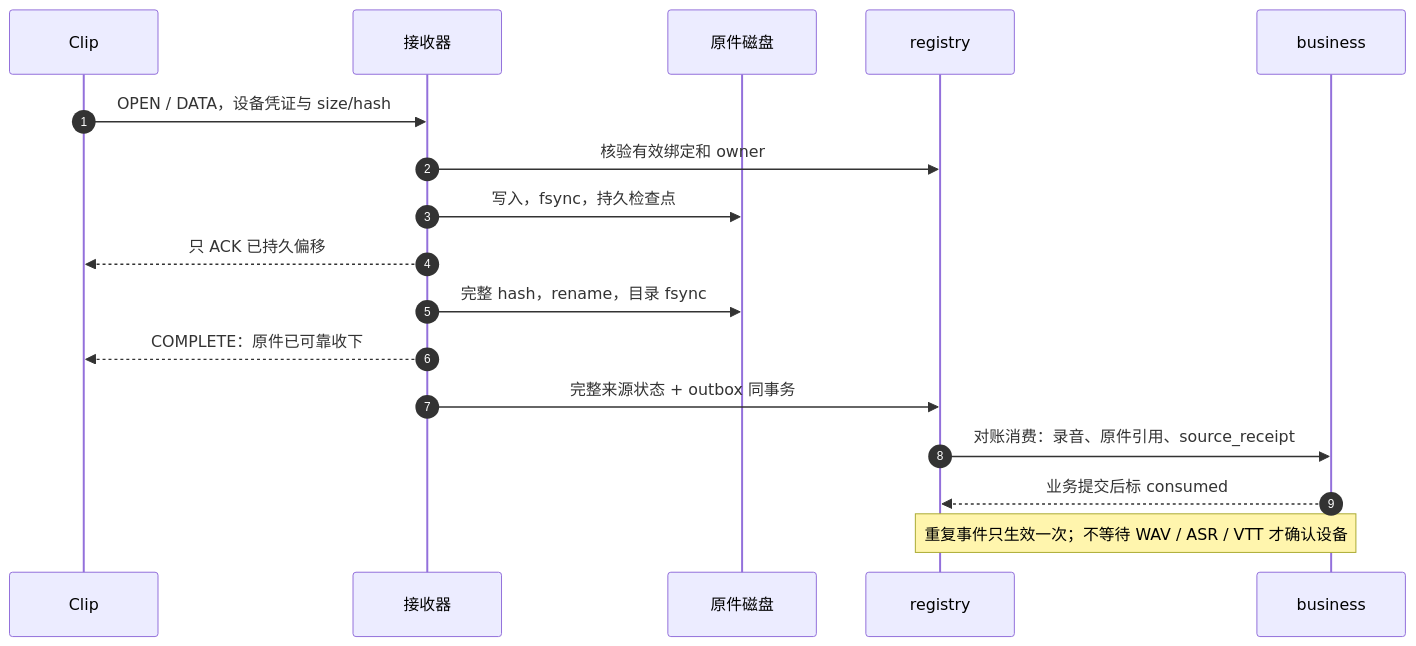
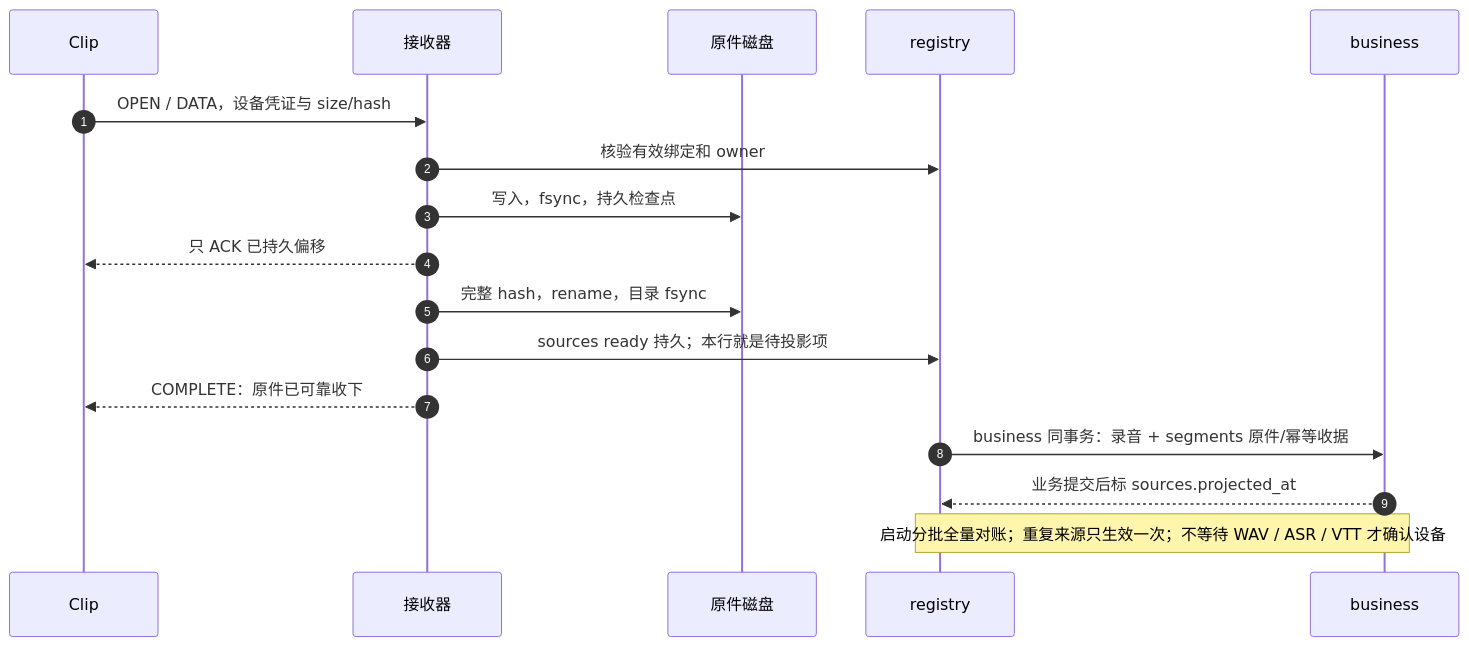
One commit to boboliu-1010/speaker changed the diagram in docs/assets/diagrams/04-raw-ingest-outbox.mmd. Above: the diagram before and after it, drawn with Mermaid. The commit also changed 21 other files, not shown here.

```diff
--- a/docs/assets/diagrams/04-raw-ingest-outbox.mmd
+++ b/docs/assets/diagrams/04-raw-ingest-outbox.mmd
@@ -1,17 +1,17 @@
 sequenceDiagram
     autonumber
     participant C as Clip
     participant R as 接收器
     participant F as 原件磁盘
     participant D as registry
     participant B as business
     C->>R: OPEN / DATA，设备凭证与 size/hash
     R->>D: 核验有效绑定和 owner
     R->>F: 写入，fsync，持久检查点
     R-->>C: 只 ACK 已持久偏移
     R->>F: 完整 hash，rename，目录 fsync
+    R->>D: sources ready 持久；本行就是待投影项
     R-->>C: COMPLETE：原件已可靠收下
-    R->>D: 完整来源状态 + outbox 同事务
-    D->>B: 对账消费：录音、原件引用、source_receipt
-    B-->>D: 业务提交后标 consumed
-    Note over D,B: 重复事件只生效一次；不等待 WAV / ASR / VTT 才确认设备
+    D->>B: business 同事务：录音 + segments 原件/幂等收据
+    B-->>D: 业务提交后标 sources.projected_at
+    Note over D,B: 启动分批全量对账；重复来源只生效一次；不等待 WAV / ASR / VTT 才确认设备
```
